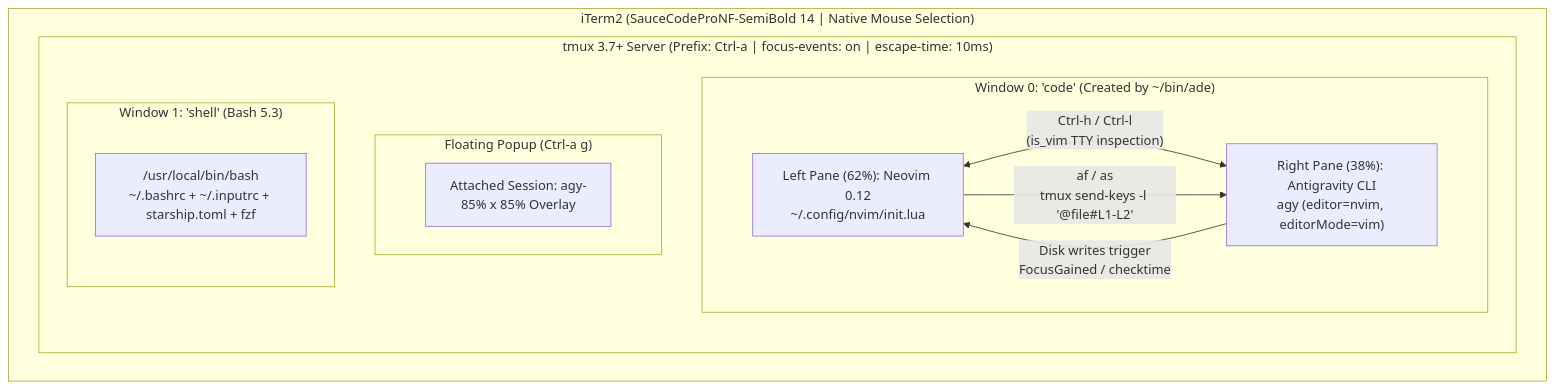
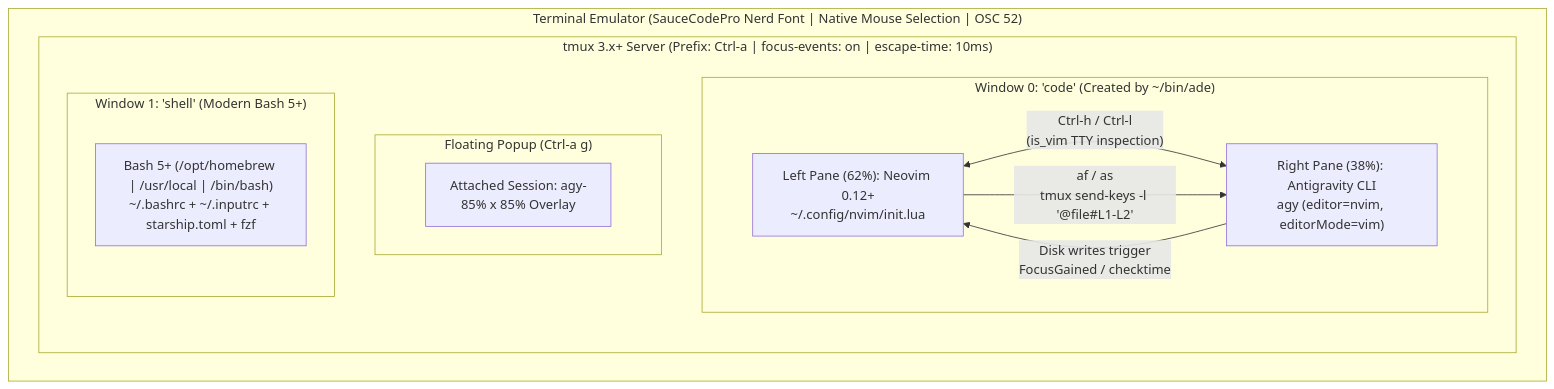
One commit to gfilicetti/dev-env changed the diagram in ARCHITECTURE.md. Above: the diagram before and after it, drawn with Mermaid. The commit also changed 5 other files, not shown here.

````diff
--- a/ARCHITECTURE.md
+++ b/ARCHITECTURE.md
@@ -9,21 +9,21 @@
 ```mermaid
 flowchart TB
-    subgraph terminal["iTerm2 (SauceCodeProNF-SemiBold 14 | Native Mouse Selection)"]
-        subgraph tmux["tmux 3.7+ Server (Prefix: Ctrl-a | focus-events: on | escape-time: 10ms)"]
+    subgraph terminal["Terminal Emulator (SauceCodePro Nerd Font | Native Mouse Selection | OSC 52)"]
+        subgraph tmux["tmux 3.x+ Server (Prefix: Ctrl-a | focus-events: on | escape-time: 10ms)"]
             subgraph win0["Window 0: 'code' (Created by ~/bin/ade)"]
-                nvim["Left Pane (62%): Neovim 0.12\n~/.config/nvim/init.lua"]
+                nvim["Left Pane (62%): Neovim 0.12+\n~/.config/nvim/init.lua"]
                 agy_side["Right Pane (38%): Antigravity CLI\nagy (editor=nvim, editorMode=vim)"]
             end
             subgraph popup["Floating Popup (Ctrl-a g)"]
                 agy_pop["Attached Session: agy-<repo>\n85% x 85% Overlay"]
             end
-            subgraph win1["Window 1: 'shell' (Bash 5.3)"]
-                bash["/usr/local/bin/bash\n~/.bashrc + ~/.inputrc + starship.toml + fzf"]
+            subgraph win1["Window 1: 'shell' (Modern Bash 5+)"]
+                bash["Bash 5+ (/opt/homebrew | /usr/local | /bin/bash)\n~/.bashrc + ~/.inputrc + starship.toml + fzf"]
             end
         end
     end
 
     nvim <-->|"Ctrl-h / Ctrl-l\n(is_vim TTY inspection)"| agy_side
     nvim -->|"<Space>af / <Space>as\ntmux send-keys -l '@file#L1-L2'"| agy_side
     agy_side -->|"Disk writes trigger\nFocusGained / checktime"| nvim
 ```
````
